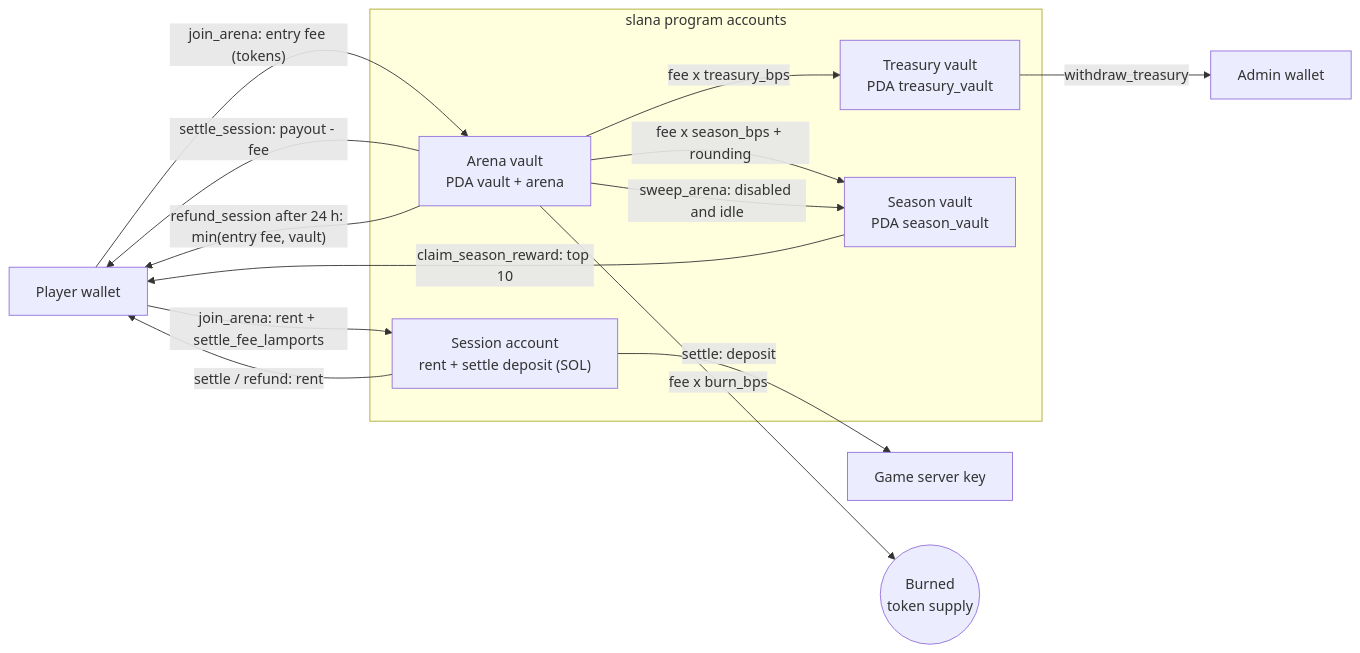
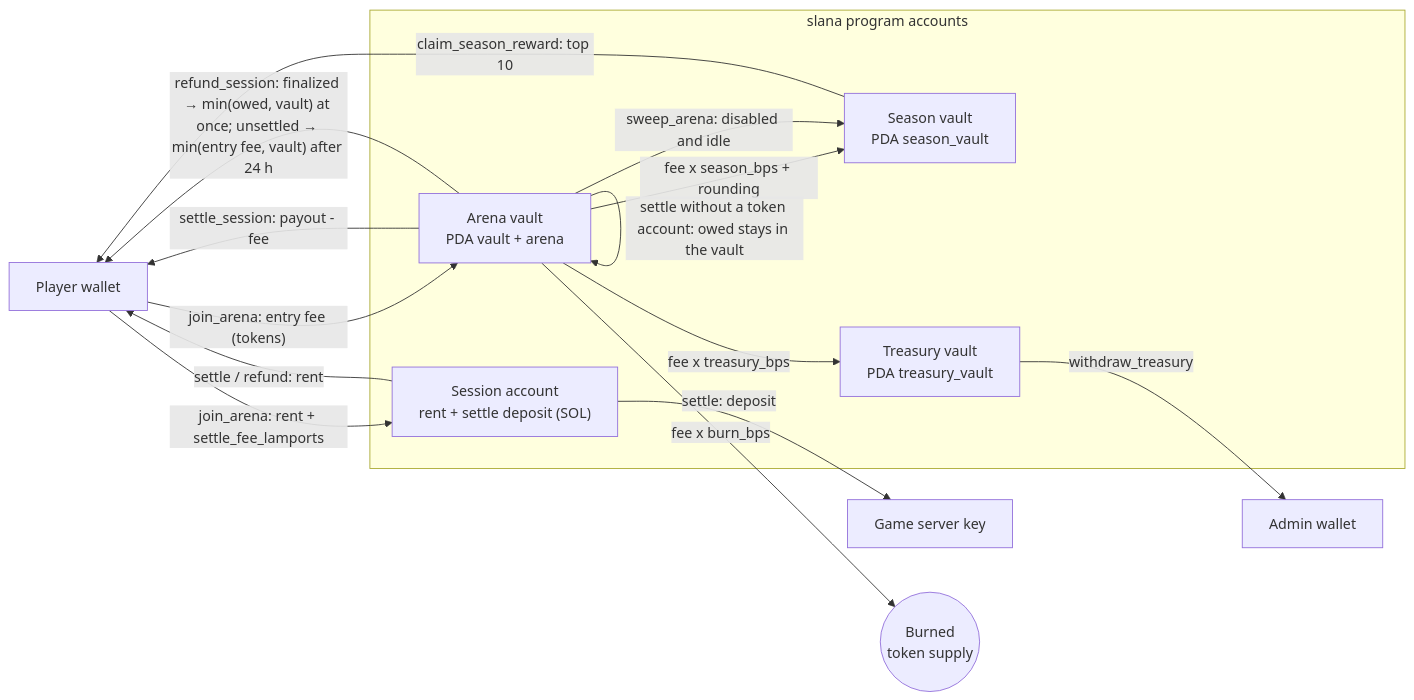
The first of 2 diagrams in docs/ARCHITECTURE.md (furkan3152/Solagel), drawn with Mermaid before and after one commit. The commit also changed other lines of this file and 6 other files, not shown here.

````diff
--- a/docs/ARCHITECTURE.md
+++ b/docs/ARCHITECTURE.md
@@ -26,26 +26,27 @@
 ```mermaid
 flowchart LR
   P["Player wallet"]
   SRV["Game server key"]
   ADM["Admin wallet"]
   subgraph PROGRAM["slana program accounts"]
     AV["Arena vault<br/>PDA vault + arena"]
     SES["Session account<br/>rent + settle deposit (SOL)"]
     TV["Treasury vault<br/>PDA treasury_vault"]
     SV["Season vault<br/>PDA season_vault"]
   end
   BURN(("Burned<br/>token supply"))
 
   P -- "join_arena: entry fee (tokens)" --> AV
   P -- "join_arena: rent + settle_fee_lamports" --> SES
   AV -- "settle_session: payout - fee" --> P
   AV -- "fee x treasury_bps" --> TV
   AV -- "fee x season_bps + rounding" --> SV
   AV -- "fee x burn_bps" --> BURN
   SES -- "settle: deposit" --> SRV
   SES -- "settle / refund: rent" --> P
-  AV -- "refund_session after 24 h: min(entry fee, vault)" --> P
+  AV -- "settle without a token account: owed stays in the vault" --> AV
+  AV -- "refund_session: finalized → min(owed, vault) at once; unsettled → min(entry fee, vault) after 24 h" --> P
   AV -- "sweep_arena: disabled and idle" --> SV
   SV -- "claim_season_reward: top 10" --> P
   TV -- "withdraw_treasury" --> ADM
 ```
````
